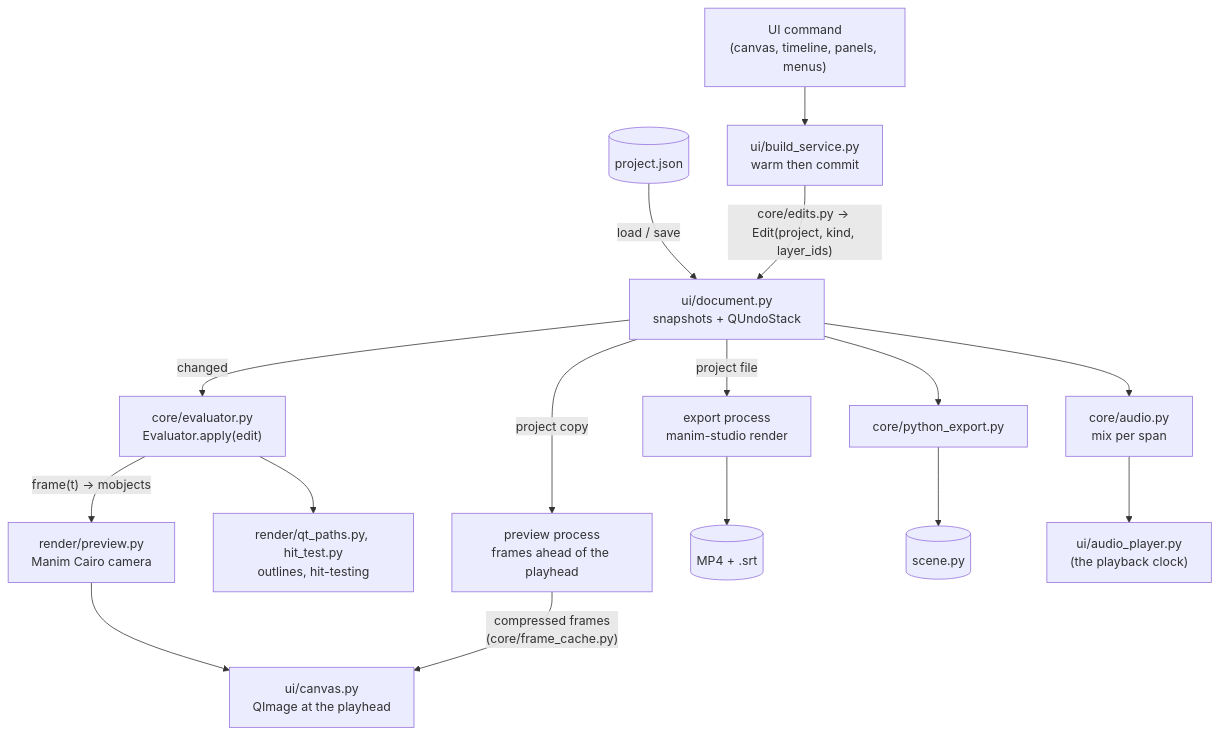
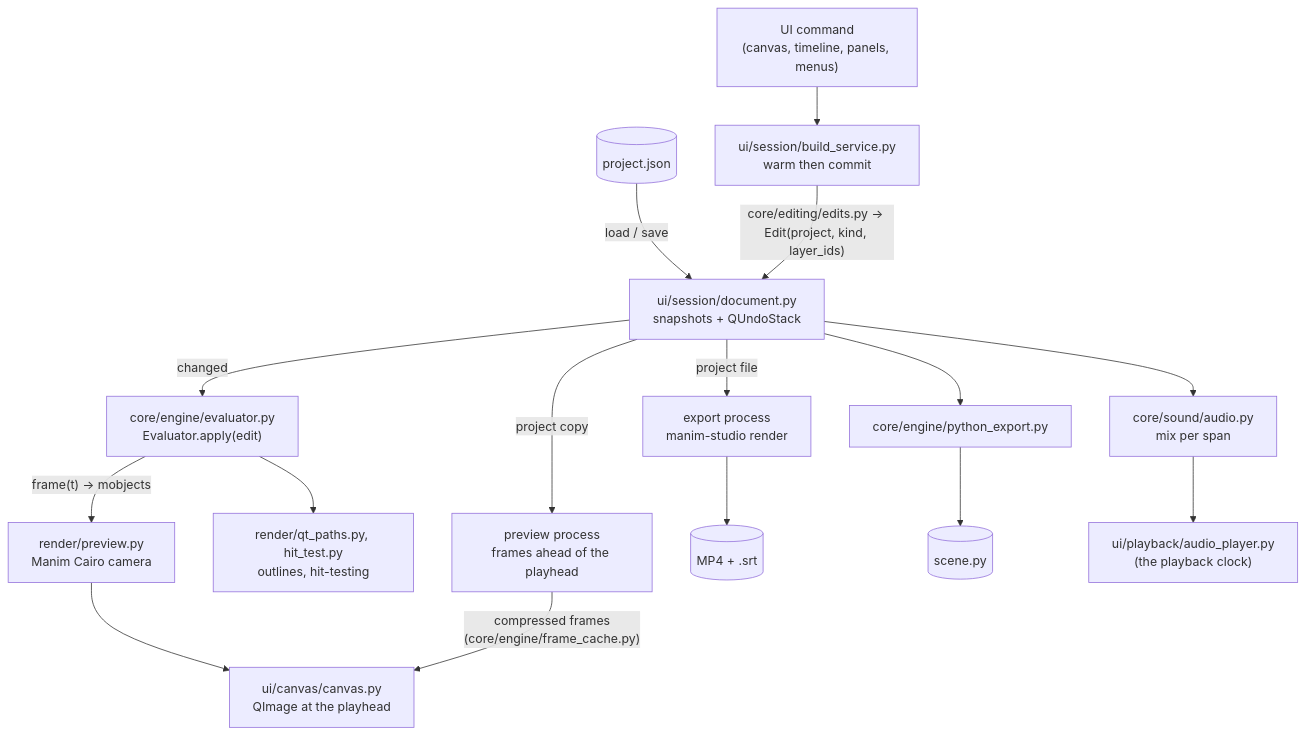
One commit to JoaoVictor-C/Manim-Project changed the second of 2 diagrams in docs/architecture.md. Above: the diagram before and after it, drawn with Mermaid. The commit also changed other lines of this file and 872 other files, not shown here.

````diff
--- a/docs/architecture.md
+++ b/docs/architecture.md
@@ -59,16 +88,16 @@
 ```mermaid
 flowchart TD
-    file[("project.json")] -->|load / save| doc["ui/document.py<br/>snapshots + QUndoStack"]
-    cmd["UI command<br/>(canvas, timeline, panels, menus)"] --> build["ui/build_service.py<br/>warm then commit"]
-    build -->|"core/edits.py → Edit(project, kind, layer_ids)"| doc
-    doc -->|changed| eval["core/evaluator.py<br/>Evaluator.apply(edit)"]
+    file[("project.json")] -->|load / save| doc["ui/session/document.py<br/>snapshots + QUndoStack"]
+    cmd["UI command<br/>(canvas, timeline, panels, menus)"] --> build["ui/session/build_service.py<br/>warm then commit"]
+    build -->|"core/editing/edits.py → Edit(project, kind, layer_ids)"| doc
+    doc -->|changed| eval["core/engine/evaluator.py<br/>Evaluator.apply(edit)"]
     eval -->|"frame(t) → mobjects"| camera["render/preview.py<br/>Manim Cairo camera"]
-    camera --> canvas["ui/canvas.py<br/>QImage at the playhead"]
+    camera --> canvas["ui/canvas/canvas.py<br/>QImage at the playhead"]
     eval --> paths["render/qt_paths.py, hit_test.py<br/>outlines, hit-testing"]
     doc -->|project copy| ahead["preview process<br/>frames ahead of the playhead"]
-    ahead -->|"compressed frames<br/>(core/frame_cache.py)"| canvas
+    ahead -->|"compressed frames<br/>(core/engine/frame_cache.py)"| canvas
     doc -->|"project file"| export["export process<br/>manim-studio render"]
     export --> mp4[("MP4 + .srt")]
-    doc --> pyexp["core/python_export.py"] --> py[("scene.py")]
-    doc --> mix["core/audio.py<br/>mix per span"] --> player["ui/audio_player.py<br/>(the playback clock)"]
+    doc --> pyexp["core/engine/python_export.py"] --> py[("scene.py")]
+    doc --> mix["core/sound/audio.py<br/>mix per span"] --> player["ui/playback/audio_player.py<br/>(the playback clock)"]
 ```
````
